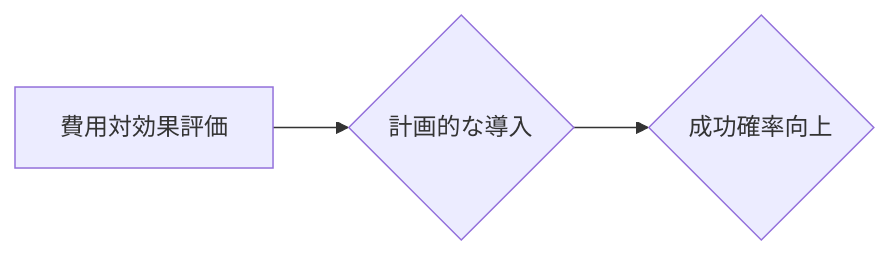
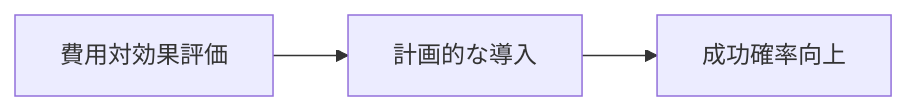
Diagram 14 of 16 in README.md (SparklingDetergent/doc_genai_How_to_evaluate_the_cost-effectiveness_of_using_generative_AI_for_business_purposes), drawn with Mermaid before and after one commit. The commit also changed other lines of this file, not shown here.

````diff
--- a/README.md
+++ b/README.md
@@ -465,5 +476,5 @@
 ```mermaid
 graph LR
-    A[費用対効果評価] --> B{計画的な導入}
-    B --> C{成功確率向上}
+    A[費用対効果評価] --> B[計画的な導入]
+    B --> C[成功確率向上]
 ```
````
